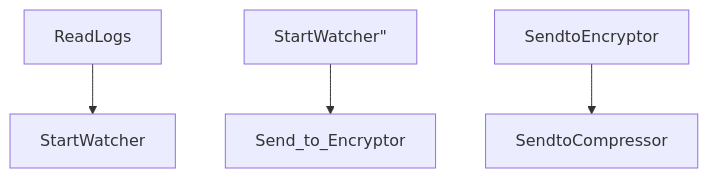
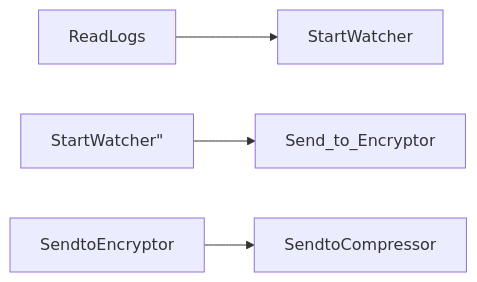
Before and after one commit to endepointe/watchlog: the diagram in docs/README.md, drawn with Mermaid.

Commit message:
trying out readme flowchart

````diff
--- a/docs/README.md
+++ b/docs/README.md
@@ -84,6 +84,6 @@
 ```mermaid
-graph TD;
+graph LR;
     ReadLogs-->StartWatcher;
     StartWatcher"-->Send_to_Encryptor;
     SendtoEncryptor-->SendtoCompressor;
 ``` 
````
